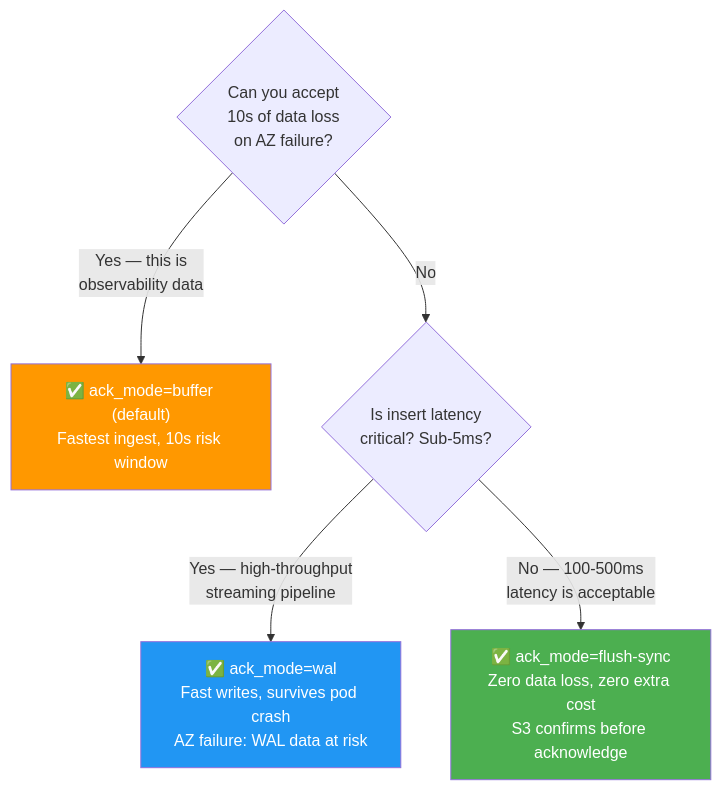
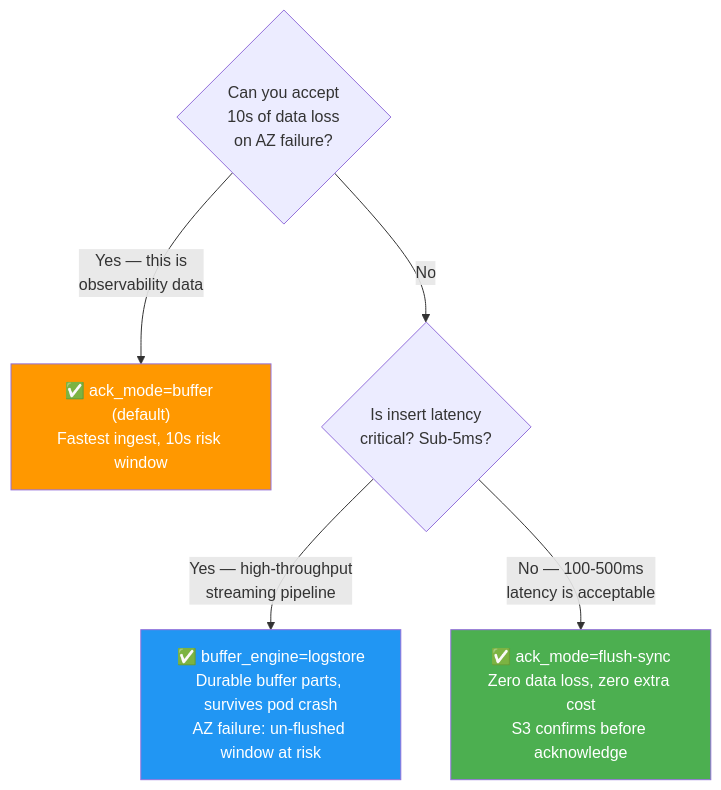
Before and after one commit to ReliablyObserve/victoria-lakehouse: the fifth of 13 diagrams in docs/cross-az-optimization.md, drawn with Mermaid. The commit also changed other lines of this file and 2 other files, not shown here.

First line of the commit message:
docs: finish WAL purge in cross-az, sizing, getting-started

````diff
--- a/docs/cross-az-optimization.md
+++ b/docs/cross-az-optimization.md
@@ -170,12 +170,12 @@
 ```mermaid
 flowchart TD
     Q1{Can you accept<br/>10s of data loss<br/>on AZ failure?}
     Q1 -->|"Yes — this is<br/>observability data"| BUFFER["✅ ack_mode=buffer (default)<br/>Fastest ingest, 10s risk window"]
     Q1 -->|No| Q2{Is insert latency<br/>critical? Sub-5ms?}
-    Q2 -->|"Yes — high-throughput<br/>streaming pipeline"| WAL["✅ ack_mode=wal<br/>Fast writes, survives pod crash<br/>AZ failure: WAL data at risk"]
+    Q2 -->|"Yes — high-throughput<br/>streaming pipeline"| WAL["✅ buffer_engine=logstore<br/>Durable buffer parts, survives pod crash<br/>AZ failure: un-flushed window at risk"]
     Q2 -->|"No — 100-500ms<br/>latency is acceptable"| FLUSH["✅ ack_mode=flush-sync<br/>Zero data loss, zero extra cost<br/>S3 confirms before acknowledge"]
 
     style BUFFER fill:#FF9800,color:#fff
     style WAL fill:#2196F3,color:#fff
     style FLUSH fill:#4CAF50,color:#fff
 ```
````
